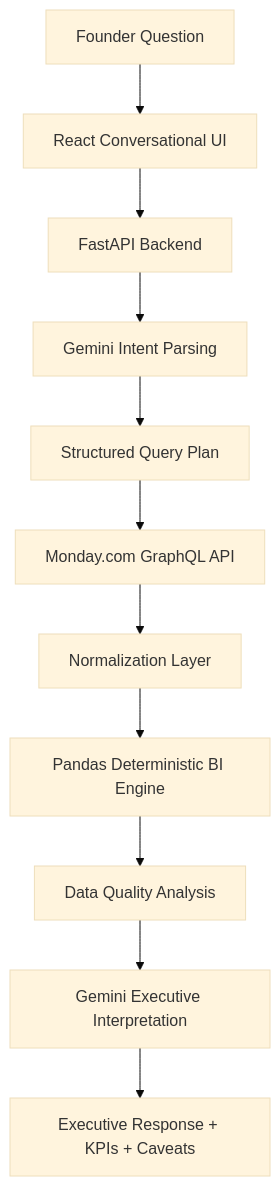
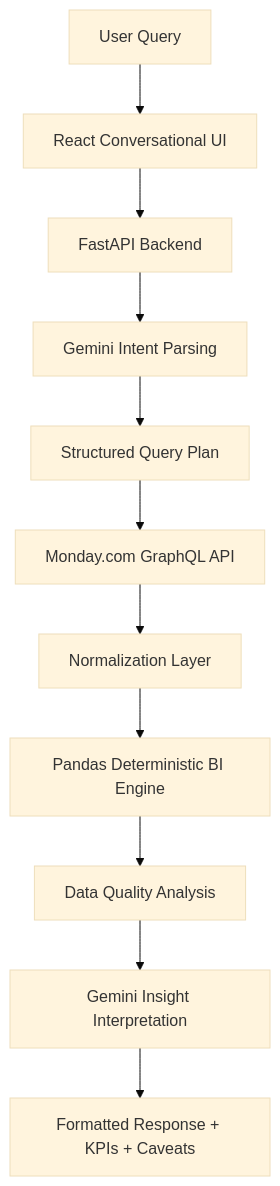
One commit to subhashchandra1224/skylark-bi-agent changed the diagram in README.md. Above: the diagram before and after it, drawn with Mermaid (base theme). The commit also changed other lines of this file and 1 other file, not shown here.

````diff
--- a/README.md
+++ b/README.md
@@ -29,13 +29,13 @@
 ```mermaid
 graph TD
-    A[Founder Question] --> B[React Conversational UI]
+    A[User Query] --> B[React Conversational UI]
     B --> C[FastAPI Backend]
     C --> D[Gemini Intent Parsing]
     D --> E[Structured Query Plan]
     E --> F[Monday.com GraphQL API]
     F --> G[Normalization Layer]
     G --> H[Pandas Deterministic BI Engine]
     H --> I[Data Quality Analysis]
-    I --> J[Gemini Executive Interpretation]
-    J --> K[Executive Response + KPIs + Caveats]
+    I --> J[Gemini Insight Interpretation]
+    J --> K[Formatted Response + KPIs + Caveats]
 ```
````
